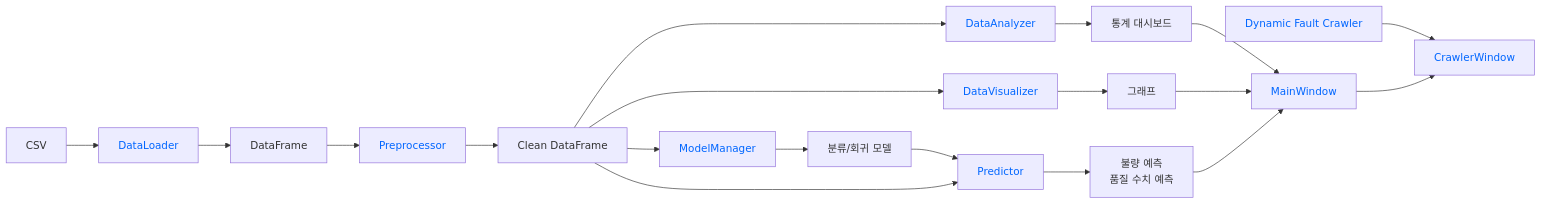
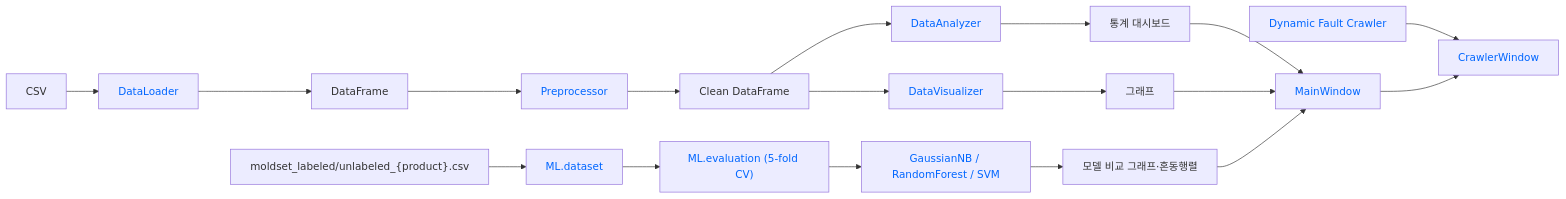
Before and after one commit to mitsuiJin/python-mini-project: the first of 2 diagrams in README.md, drawn with Mermaid. The commit also changed other lines of this file and 1 other file, not shown here.

````diff
--- a/README.md
+++ b/README.md
@@ -10,40 +12,37 @@
 ```mermaid
 graph LR
 
     A[CSV] --> B[DataLoader]
     B --> C[DataFrame]
 
     C --> D[Preprocessor]
     D --> E[Clean DataFrame]
 
     E --> F[DataAnalyzer]
     E --> G[DataVisualizer]
-    E --> H[ModelManager]
 
     F --> I[통계 대시보드]
     G --> J[그래프]
 
-    H --> K[분류/회귀 모델]
-
-    K --> L[Predictor]
-    E --> L
-
-    L --> M[불량 예측<br/>품질 수치 예측]
+    R["moldset_labeled/unlabeled_{product}.csv"] --> S[ML.dataset]
+    S --> T["ML.evaluation (5-fold CV)"]
+    T --> U["GaussianNB / RandomForest / SVM"]
+    U --> V[모델 비교 그래프·혼동행렬]
 
     I --> N[MainWindow]
     J --> N
-    M --> N
+    V --> N
 
 
 
     P[Dynamic Fault Crawler]
     P --> Q
     Q[CrawlerWindow]
     N --> Q
     %% 클래스 글자색
     classDef pythonClass color:#0066ff;
 
     %% 클래스 지정
-    class B,D,F,G,H,L,N,Q,P pythonClass;
+    class B,D,F,G,S,T,U,N,Q,P pythonClass;
   
 ```
````
